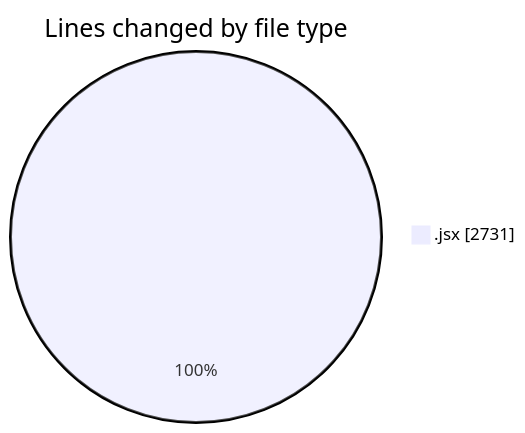
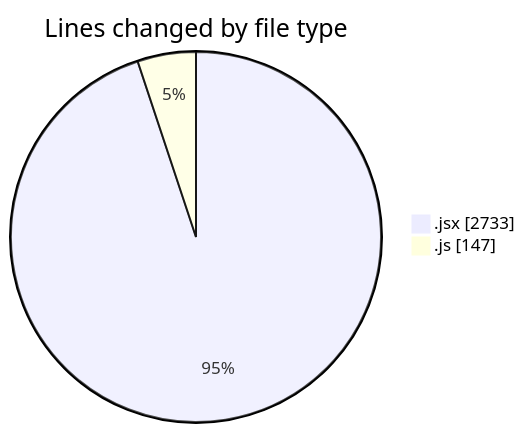
The first of 2 diagrams in 2025-07-10/argos/README.md (nxtqubesakshisongat/code-tracking), drawn with Mermaid before and after one commit. The commit also changed other lines of this file and 1 other file, not shown here.

````diff
--- a/2025-07-10/argos/README.md
+++ b/2025-07-10/argos/README.md
@@ -23,5 +24,6 @@
 ```mermaid
 pie showData
 title Lines changed by file type
-".jsx" : 2731
+".jsx" : 2733
+".js" : 147
 ```
````
